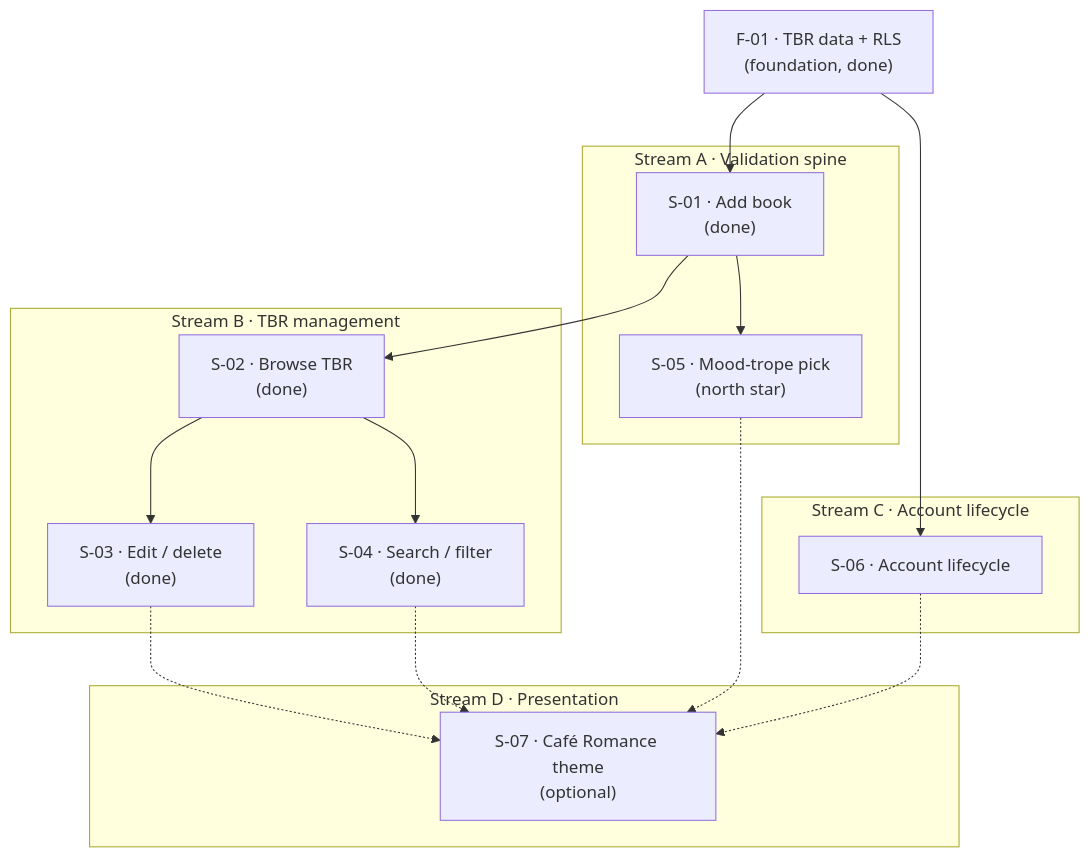
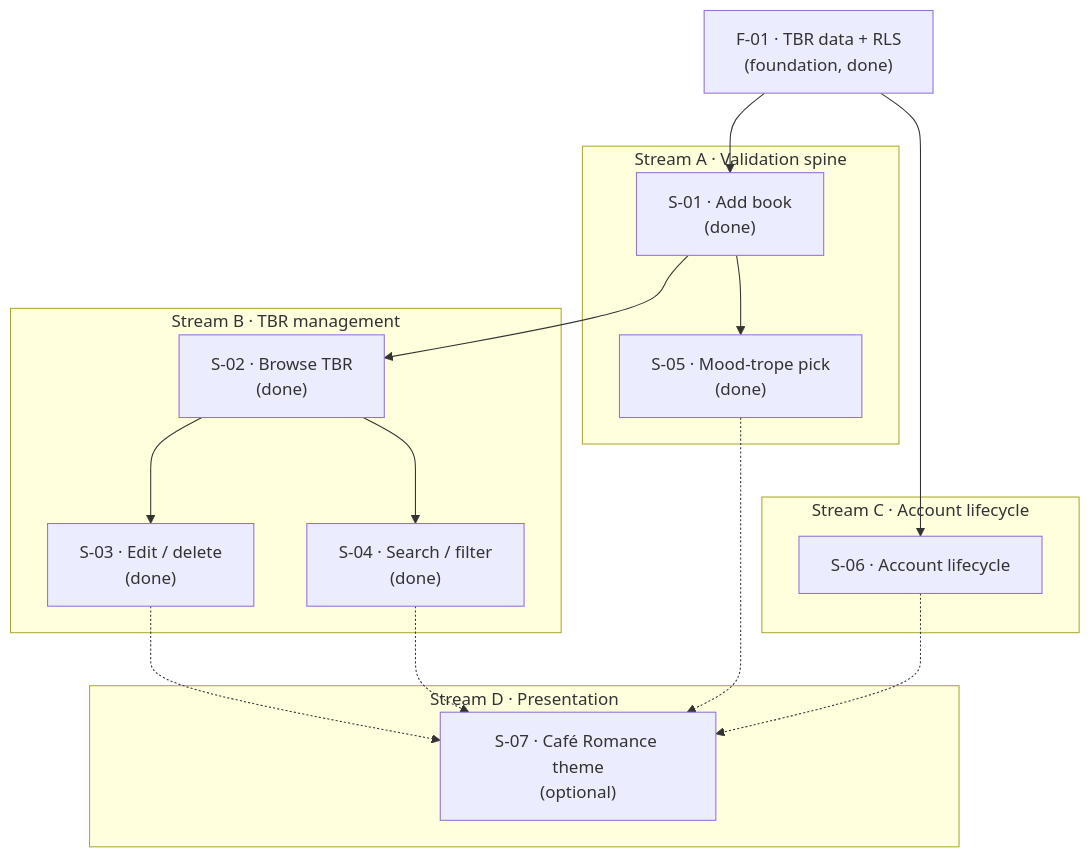
Before and after one commit to passiflora-nr/smart-tbr: the diagram in context/foundation/roadmap.md, drawn with Mermaid. The commit also changed other lines of this file, not shown here.

First line of the commit message:
chore(roadmap): mark S-05 done across all sections

````diff
--- a/context/foundation/roadmap.md
+++ b/context/foundation/roadmap.md
@@ -58,34 +60,34 @@
 ```mermaid
 flowchart TB
   F01["F-01 · TBR data + RLS<br/>(foundation, done)"]
 
   subgraph A["Stream A · Validation spine"]
     S01["S-01 · Add book<br/>(done)"]
-    S05["S-05 · Mood-trope pick<br/>(north star)"]
+    S05["S-05 · Mood-trope pick<br/>(done)"]
   end
 
   subgraph B["Stream B · TBR management"]
     S02["S-02 · Browse TBR<br/>(done)"]
     S03["S-03 · Edit / delete<br/>(done)"]
     S04["S-04 · Search / filter<br/>(done)"]
   end
 
   subgraph C["Stream C · Account lifecycle"]
     S06["S-06 · Account lifecycle"]
   end
 
   subgraph D["Stream D · Presentation"]
     S07["S-07 · Café Romance theme<br/>(optional)"]
   end
 
   F01 --> S01
   F01 --> S06
   S01 --> S05
   S01 --> S02
   S02 --> S03
   S02 --> S04
   S03 -.-> S07
   S04 -.-> S07
   S05 -.-> S07
   S06 -.-> S07
 ```
````
